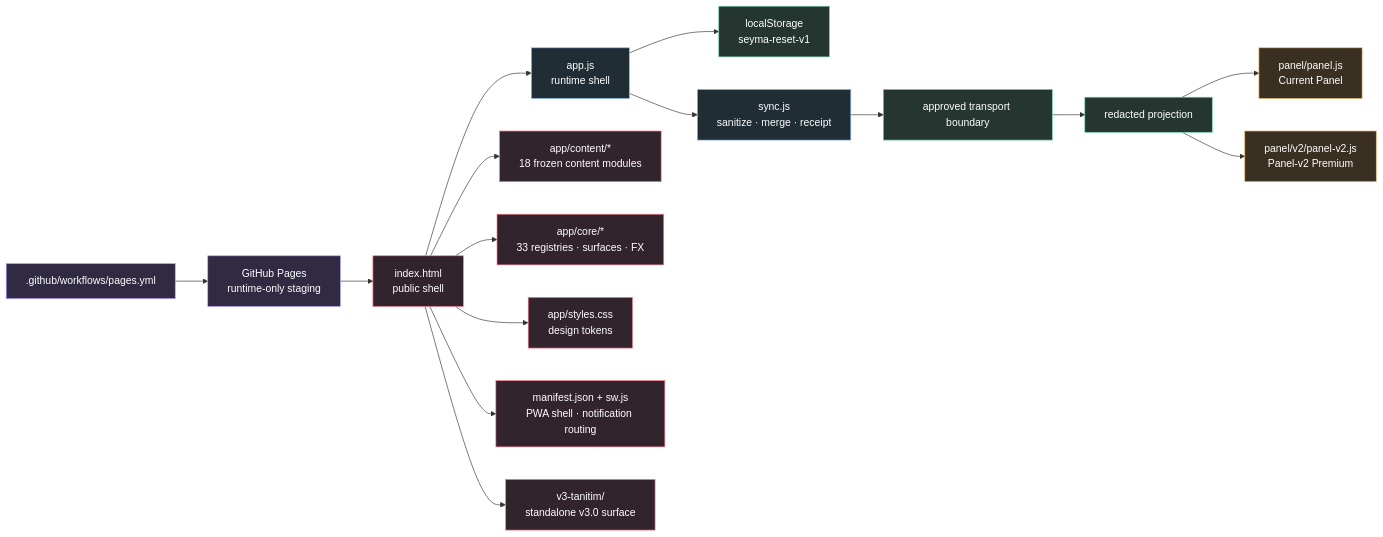
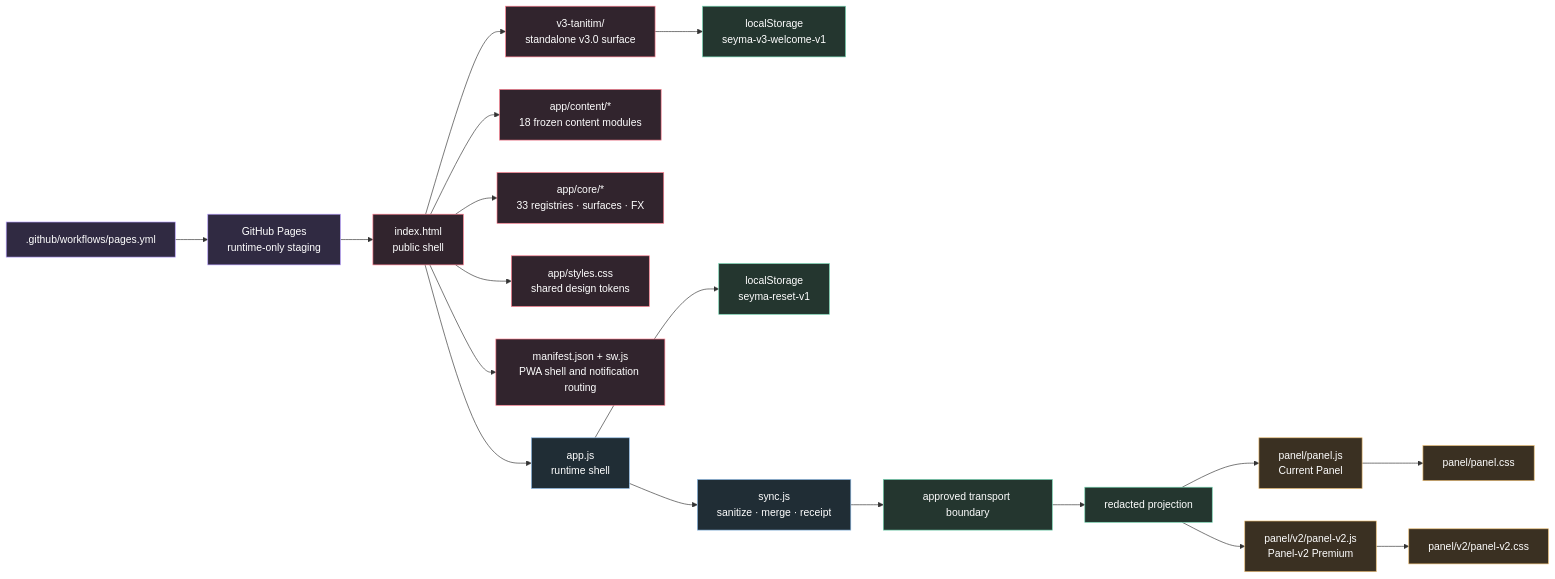
Before and after one commit to mustafaras/s: the third of 12 diagrams in README.md, drawn with Mermaid. The commit also changed other lines of this file, not shown here.

````diff
--- a/README.md
+++ b/README.md
@@ -175,28 +539,31 @@
 ```mermaid
 flowchart LR
     HTML["index.html<br/>public shell"] --> APP["app.js<br/>runtime shell"]
     HTML --> CONTENT["app/content/*<br/>18 frozen content modules"]
     HTML --> CORE["app/core/*<br/>33 registries · surfaces · FX"]
-    HTML --> STYLE["app/styles.css<br/>design tokens"]
-    HTML --> PWA["manifest.json + sw.js<br/>PWA shell · notification routing"]
+    HTML --> STYLE["app/styles.css<br/>shared design tokens"]
+    HTML --> PWA["manifest.json + sw.js<br/>PWA shell and notification routing"]
     HTML --> V3["v3-tanitim/<br/>standalone v3.0 surface"]
+    V3 --> V3STORE["localStorage<br/>seyma-v3-welcome-v1"]
     APP --> STORE["localStorage<br/>seyma-reset-v1"]
     APP --> SYNC["sync.js<br/>sanitize · merge · receipt"]
     SYNC --> REMOTE["approved transport boundary"]
     REMOTE --> PROJ["redacted projection"]
     PROJ --> PANEL["panel/panel.js<br/>Current Panel"]
     PROJ --> V2["panel/v2/panel-v2.js<br/>Panel-v2 Premium"]
+    PANEL --> CSS1["panel/panel.css"]
+    V2 --> CSS2["panel/v2/panel-v2.css"]
     CI[".github/workflows/pages.yml"] --> SITE["GitHub Pages<br/>runtime-only staging"]
     SITE --> HTML
 
     classDef shell fill:#31242d,stroke:#ff7c8d,color:#fff;
     classDef runtime fill:#202d35,stroke:#8fbce9,color:#fff;
     classDef storage fill:#24362f,stroke:#73d6b2,color:#fff;
     classDef observer fill:#3a3022,stroke:#e9bb70,color:#fff;
     classDef delivery fill:#302a42,stroke:#b9a0ff,color:#fff;
     class HTML,CONTENT,CORE,STYLE,PWA,V3 shell;
     class APP,SYNC runtime;
-    class STORE,REMOTE,PROJ storage;
-    class PANEL,V2 observer;
+    class STORE,V3STORE,REMOTE,PROJ storage;
+    class PANEL,V2,CSS1,CSS2 observer;
     class CI,SITE delivery;
 ```
````
